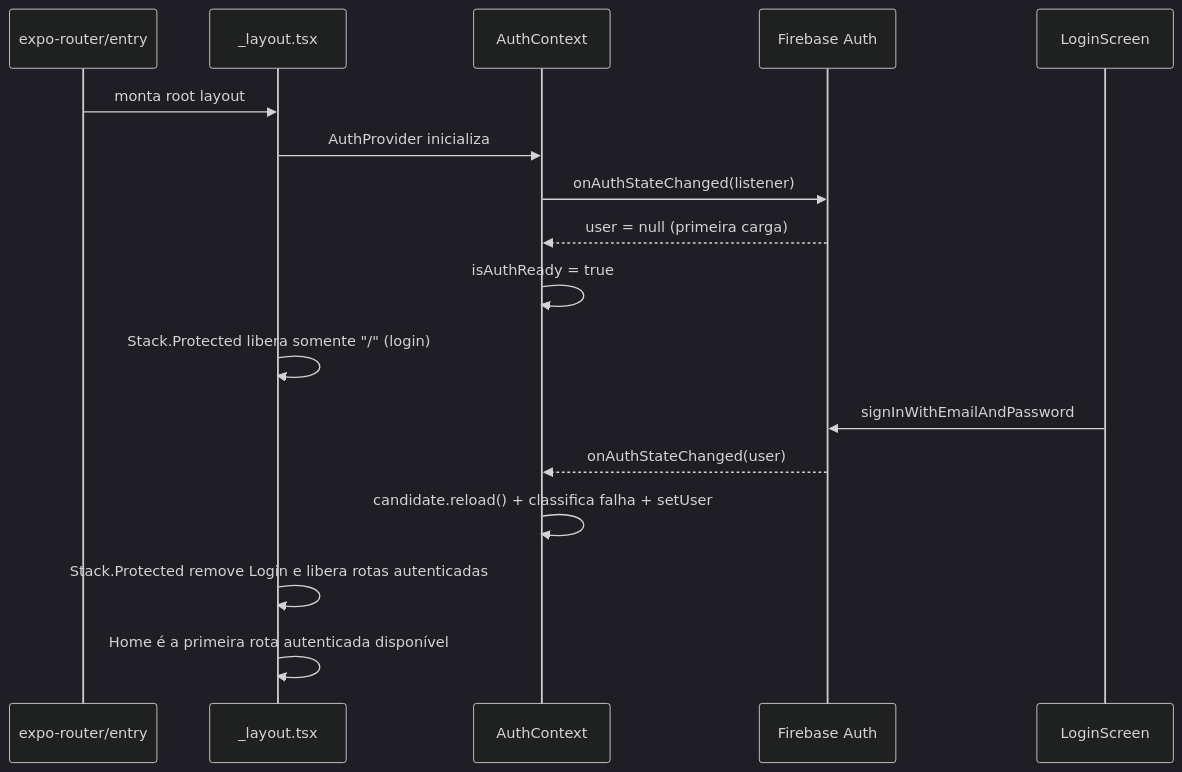
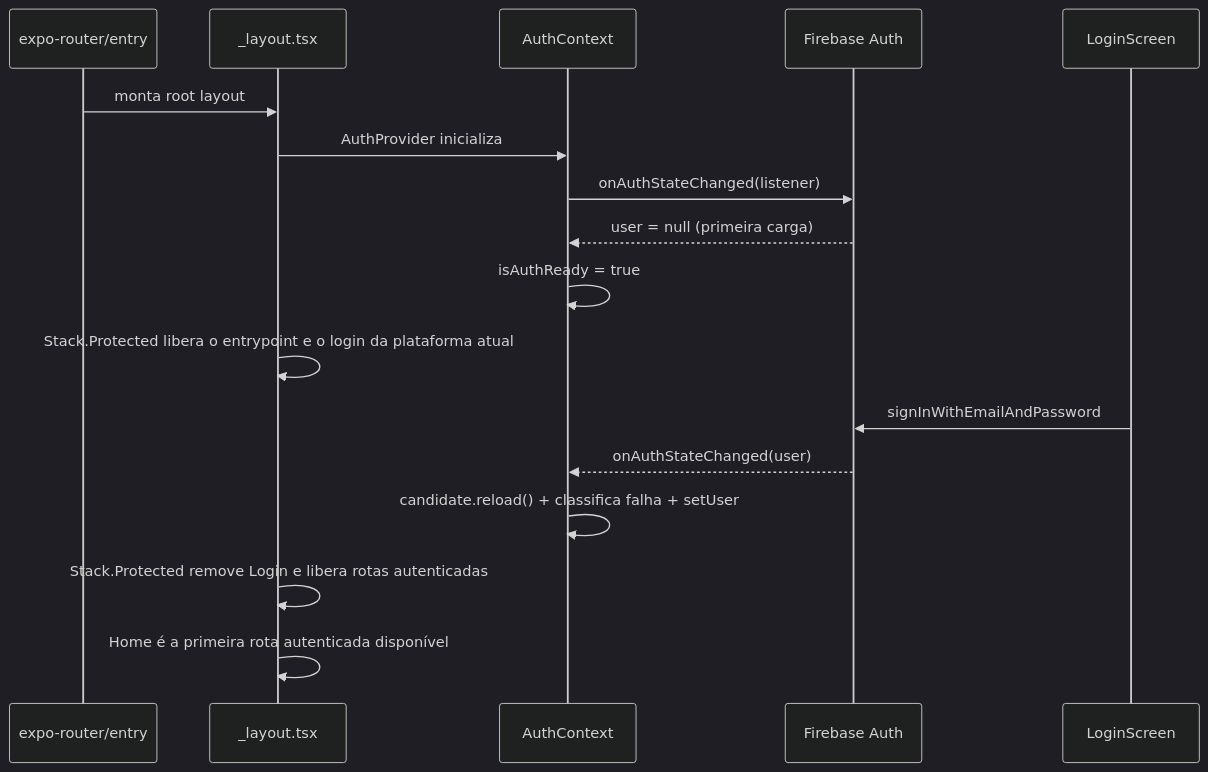
Before and after one commit to gabrielmazz/finances-app: the diagram in Arquitetura/Autenticação.md, drawn with Mermaid (dark theme). The commit also changed other lines of this file and 301 other files, not shown here.

````diff
--- a/Arquitetura/Autenticação.md
+++ b/Arquitetura/Autenticação.md
@@ -15,20 +15,20 @@
 ```mermaid
 sequenceDiagram
     participant Entry as expo-router/entry
     participant Layout as _layout.tsx
     participant AC as AuthContext
     participant FA as Firebase Auth
     participant LS as LoginScreen
 
     Entry->>Layout: monta root layout
     Layout->>AC: AuthProvider inicializa
     AC->>FA: onAuthStateChanged(listener)
     FA-->>AC: user = null (primeira carga)
     AC->>AC: isAuthReady = true
-    Layout->>Layout: Stack.Protected libera somente "/" (login)
+    Layout->>Layout: Stack.Protected libera o entrypoint e o login da plataforma atual
     LS->>FA: signInWithEmailAndPassword
     FA-->>AC: onAuthStateChanged(user)
     AC->>AC: candidate.reload() + classifica falha + setUser
     Layout->>Layout: Stack.Protected remove Login e libera rotas autenticadas
     Layout->>Layout: Home é a primeira rota autenticada disponível
 ```
````
